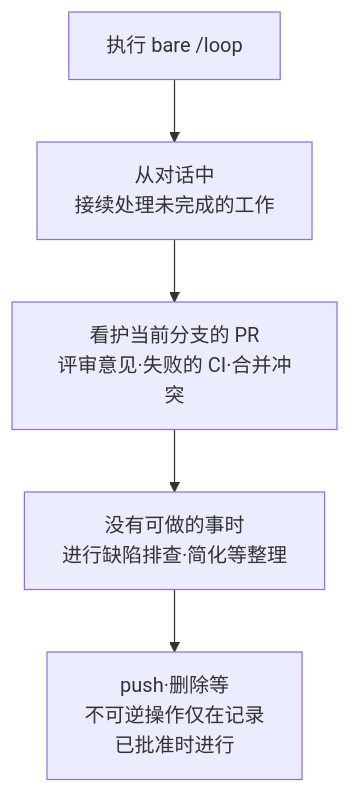
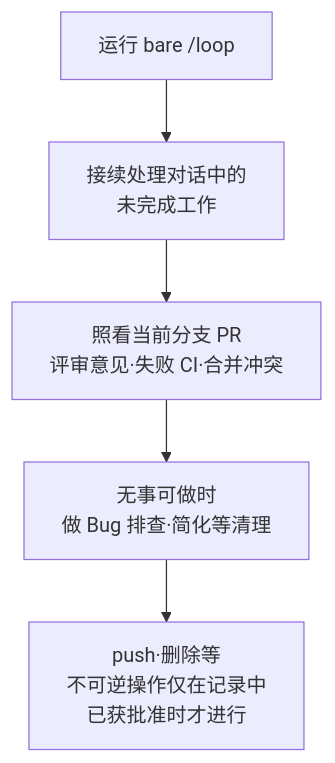
One commit to modu-ai/moai-adk changed the diagram in docs-site/content/zh/claude-code/agentic/scheduled-tasks.md. Above: the diagram before and after it, drawn with Mermaid. The commit also changed other lines of this file and 395 other files, not shown here.

````diff
--- a/docs-site/content/zh/claude-code/agentic/scheduled-tasks.md
+++ b/docs-site/content/zh/claude-code/agentic/scheduled-tasks.md
@@ -71,7 +80,7 @@
 ```mermaid
 flowchart TD
-    A["执行 bare /loop"] --> B["从对话中<br>接续处理未完成的工作"]
-    B --> C["看护当前分支的 PR<br>评审意见·失败的 CI·合并冲突"]
-    C --> D["没有可做的事时<br>进行缺陷排查·简化等整理"]
-    D --> E["push·删除等<br>不可逆操作仅在记录<br>已批准时进行"]
+    A["运行 bare /loop"] --> B["接续处理对话中的<br>未完成工作"]
+    B --> C["照看当前分支 PR<br>评审意见·失败 CI·合并冲突"]
+    C --> D["无事可做时<br>做 Bug 排查·简化等清理"]
+    D --> E["push·删除等<br>不可逆操作仅在记录中<br>已获批准时才进行"]
 ```
````
